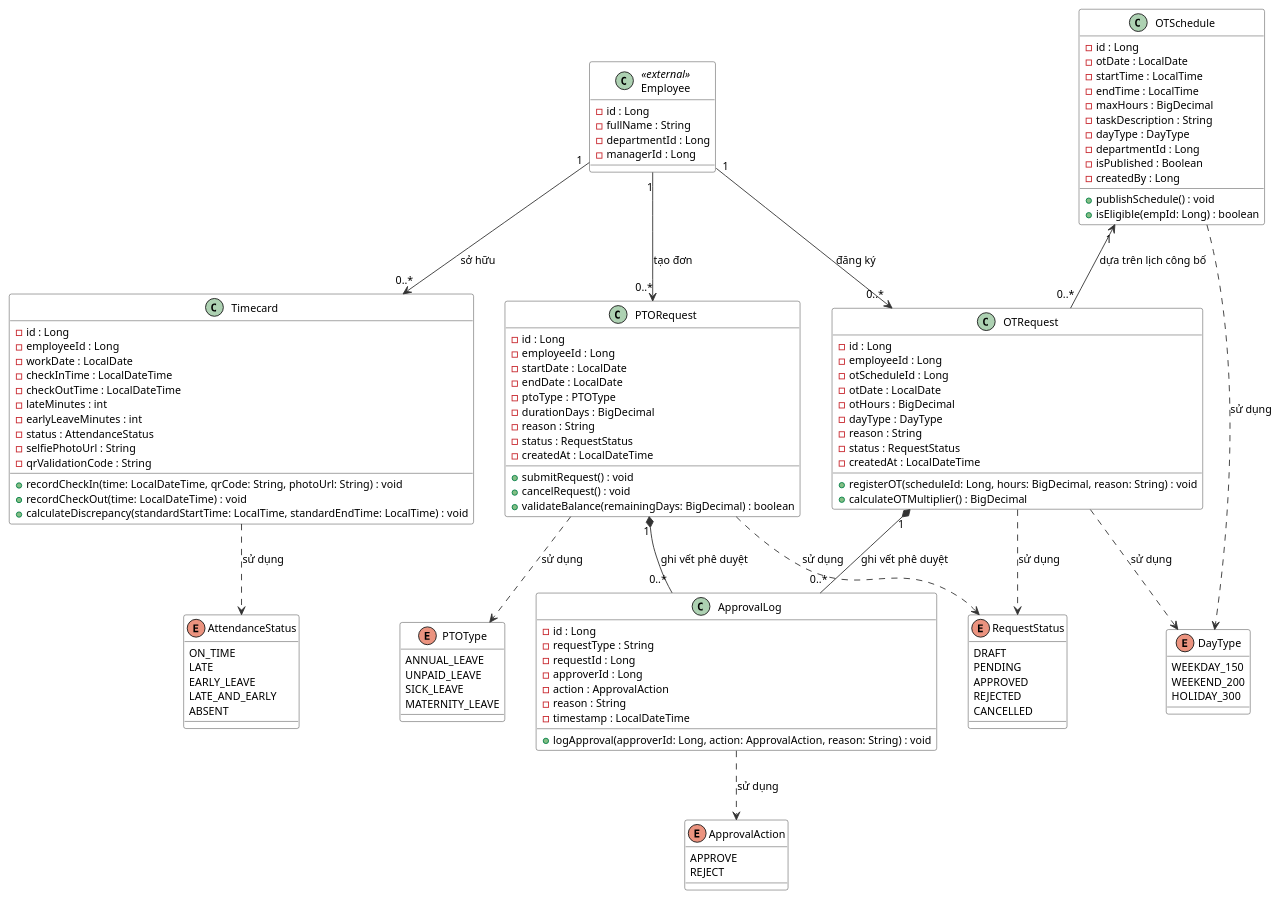
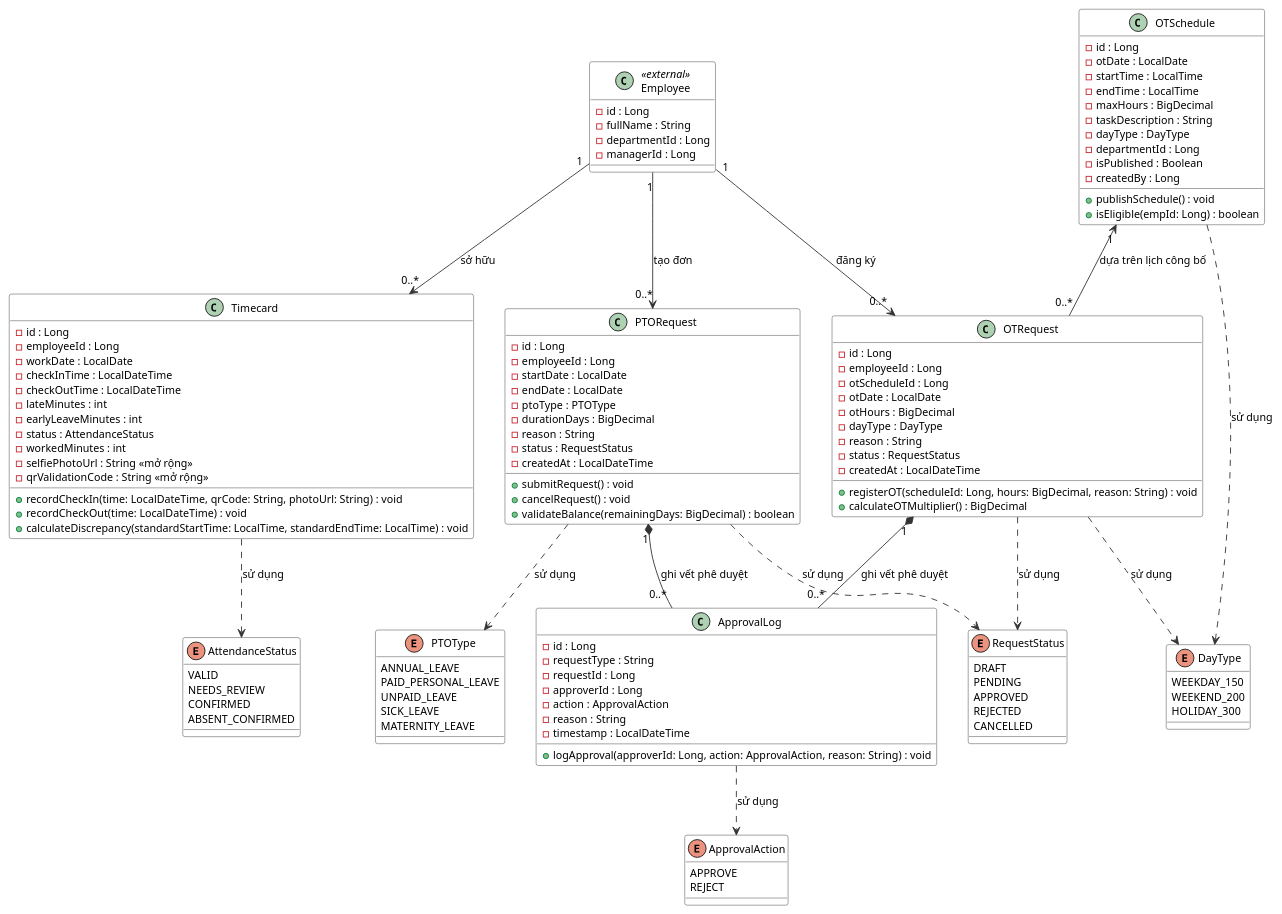
Before and after one commit to gihan160306/HRFlow: the diagram in docs/uml/class/class_module2.puml, drawn with PlantUML. The commit also changed 16 other files, not shown here.

```diff
--- a/docs/uml/class/class_module2.puml
+++ b/docs/uml/class/class_module2.puml
@@ -1,155 +1,156 @@
 @startuml class_module2
 skinparam defaultFontColor #000000
 skinparam defaultFontSize 12
 skinparam backgroundColor #FFFFFF
 skinparam roundcorner 5
 
 skinparam class {
     BorderColor #333333
     BackgroundColor #FFFFFF
     FontColor #000000
     AttributeFontColor #000000
     ArrowColor #333333
     ArrowFontColor #000000
 }
 
 skinparam enum {
     BorderColor #333333
     BackgroundColor #F5F5F5
     FontColor #000000
 }
 
 ' ================= THỰC THỂ PHÂN HỆ 2 =================
 class Timecard {
     - id : Long
     - employeeId : Long
     - workDate : LocalDate
     - checkInTime : LocalDateTime
     - checkOutTime : LocalDateTime
     - lateMinutes : int
     - earlyLeaveMinutes : int
     - status : AttendanceStatus
-    - selfiePhotoUrl : String
-    - qrValidationCode : String
+    - workedMinutes : int
+    - selfiePhotoUrl : String <<mở rộng>>
+    - qrValidationCode : String <<mở rộng>>
     + recordCheckIn(time: LocalDateTime, qrCode: String, photoUrl: String) : void
     + recordCheckOut(time: LocalDateTime) : void
     + calculateDiscrepancy(standardStartTime: LocalTime, standardEndTime: LocalTime) : void
 }
 
 class PTORequest {
     - id : Long
     - employeeId : Long
     - startDate : LocalDate
     - endDate : LocalDate
     - ptoType : PTOType
     - durationDays : BigDecimal
     - reason : String
     - status : RequestStatus
     - createdAt : LocalDateTime
     + submitRequest() : void
     + cancelRequest() : void
     + validateBalance(remainingDays: BigDecimal) : boolean
 }
 
 class OTSchedule {
     - id : Long
     - otDate : LocalDate
     - startTime : LocalTime
     - endTime : LocalTime
     - maxHours : BigDecimal
     - taskDescription : String
     - dayType : DayType
     - departmentId : Long
     - isPublished : Boolean
     - createdBy : Long
     + publishSchedule() : void
     + isEligible(empId: Long) : boolean
 }
 
 class OTRequest {
     - id : Long
     - employeeId : Long
     - otScheduleId : Long
     - otDate : LocalDate
     - otHours : BigDecimal
     - dayType : DayType
     - reason : String
     - status : RequestStatus
     - createdAt : LocalDateTime
     + registerOT(scheduleId: Long, hours: BigDecimal, reason: String) : void
     + calculateOTMultiplier() : BigDecimal
 }
 
 class ApprovalLog {
     - id : Long
     - requestType : String
     - requestId : Long
     - approverId : Long
     - action : ApprovalAction
     - reason : String
     - timestamp : LocalDateTime
     + logApproval(approverId: Long, action: ApprovalAction, reason: String) : void
 }
 
 ' ================= CÁC ENUM =================
 enum AttendanceStatus {
-    ON_TIME
-    LATE
-    EARLY_LEAVE
-    LATE_AND_EARLY
-    ABSENT
+    VALID
+    NEEDS_REVIEW
+    CONFIRMED
+    ABSENT_CONFIRMED
 }
 
 enum RequestStatus {
     DRAFT
     PENDING
     APPROVED
     REJECTED
     CANCELLED
 }
 
 enum PTOType {
     ANNUAL_LEAVE
+    PAID_PERSONAL_LEAVE
     UNPAID_LEAVE
     SICK_LEAVE
     MATERNITY_LEAVE
 }
 
 enum DayType {
     WEEKDAY_150
     WEEKEND_200
     HOLIDAY_300
 }
 
 enum ApprovalAction {
     APPROVE
     REJECT
 }
 
 ' ================= THỰC THỂ NGOÀI LIÊN KẾT =================
 class Employee <<external>> {
     - id : Long
     - fullName : String
     - departmentId : Long
     - managerId : Long
 }
 
 ' ================= MỐI QUAN HỆ =================
 Employee "1" --> "0..*" Timecard : sở hữu
 Employee "1" --> "0..*" PTORequest : tạo đơn
 Employee "1" --> "0..*" OTRequest : đăng ký
 
 OTSchedule "1" <-- "0..*" OTRequest : dựa trên lịch công bố
 
 PTORequest "1" *-- "0..*" ApprovalLog : ghi vết phê duyệt
 OTRequest "1" *-- "0..*" ApprovalLog : ghi vết phê duyệt
 
 Timecard ..> AttendanceStatus : sử dụng
 PTORequest ..> RequestStatus : sử dụng
 PTORequest ..> PTOType : sử dụng
 OTSchedule ..> DayType : sử dụng
 OTRequest ..> RequestStatus : sử dụng
 OTRequest ..> DayType : sử dụng
 ApprovalLog ..> ApprovalAction : sử dụng
 
 @enduml
```
